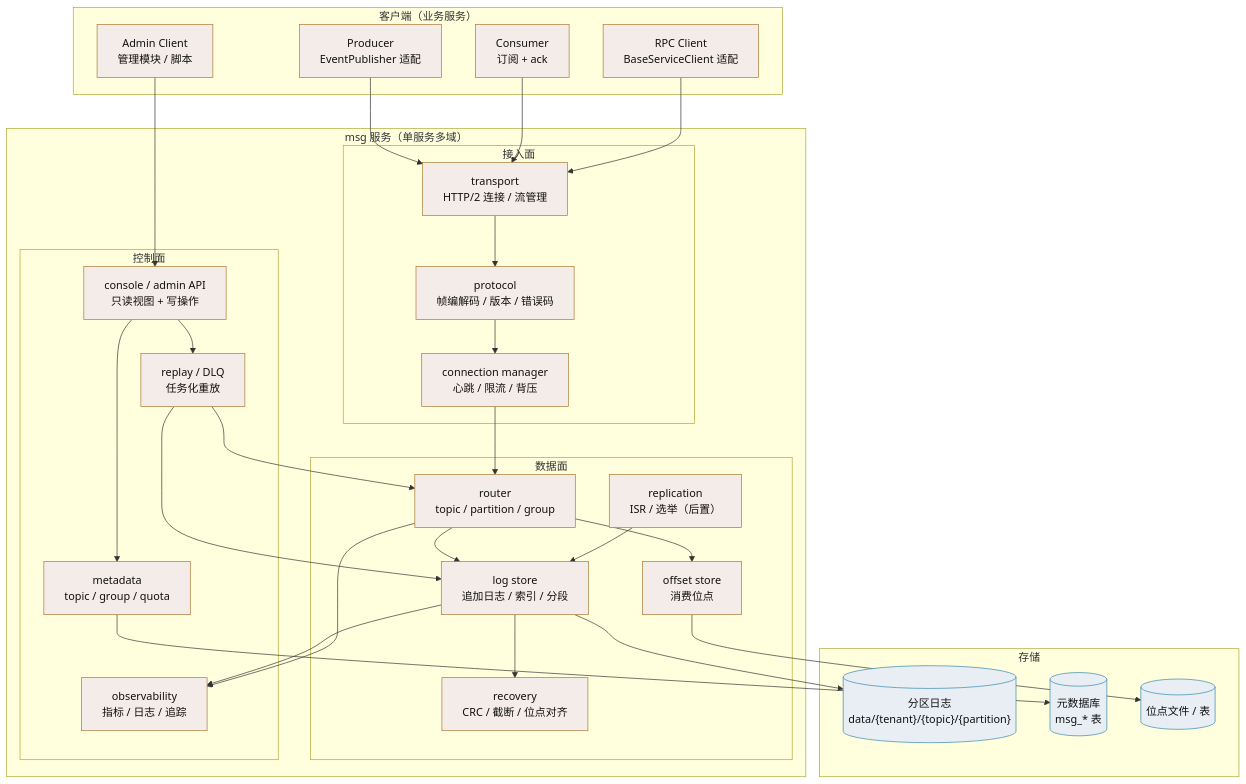
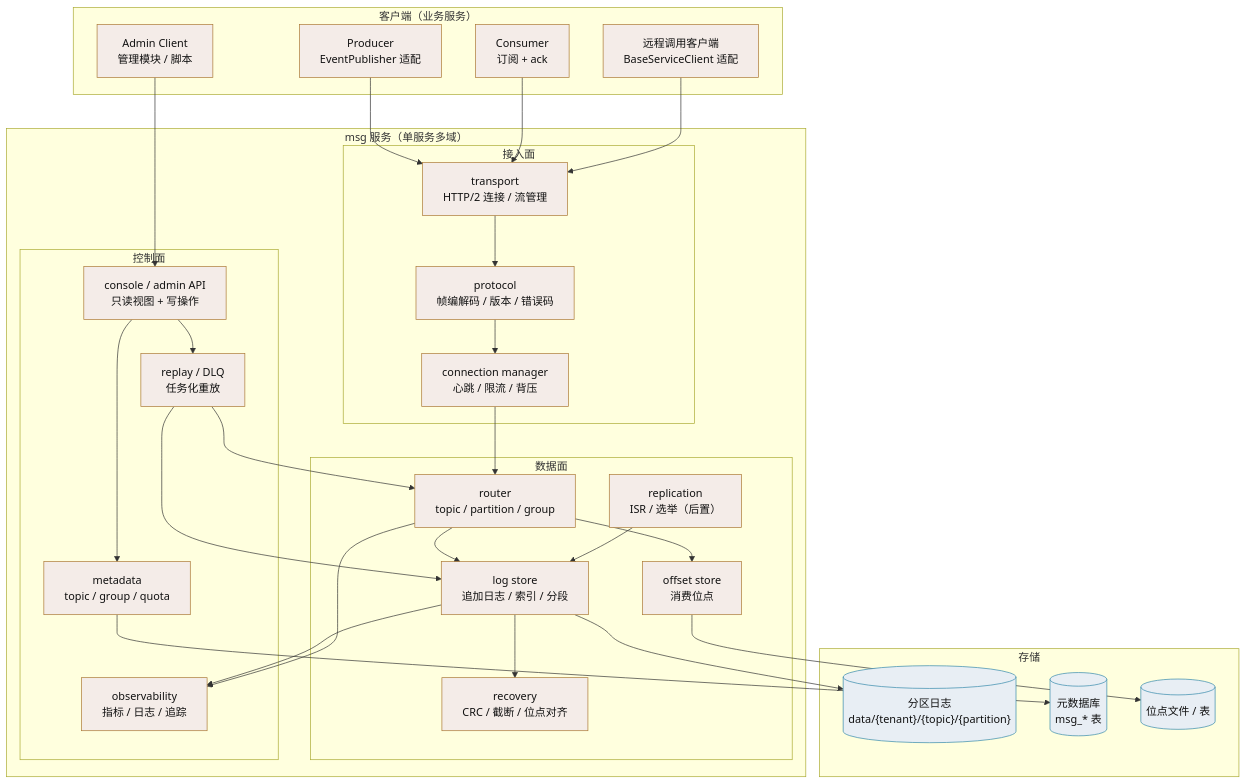
The first of 5 diagrams in msg文档/设计/架构设计/03_架构设计_总体架构.md (minjian123/message-platform), drawn with Mermaid before and after one commit. The commit also changed other lines of this file and 135 other files, not shown here.

````diff
--- a/msg文档/设计/架构设计/03_架构设计_总体架构.md
+++ b/msg文档/设计/架构设计/03_架构设计_总体架构.md
@@ -11,56 +11,56 @@
 ```mermaid
 flowchart TB
     subgraph Client["客户端（业务服务）"]
         P["Producer<br/>EventPublisher 适配"]
         C["Consumer<br/>订阅 + ack"]
-        R["RPC Client<br/>BaseServiceClient 适配"]
+        R["远程调用客户端<br/>BaseServiceClient 适配"]
         A["Admin Client<br/>管理模块 / 脚本"]
     end
 
     subgraph Msg["msg 服务（单服务多域）"]
         subgraph AP["接入面"]
             T["transport<br/>HTTP/2 连接 / 流管理"]
             PR["protocol<br/>帧编解码 / 版本 / 错误码"]
             CM["connection manager<br/>心跳 / 限流 / 背压"]
         end
         subgraph DP["数据面"]
             RT["router<br/>topic / partition / group"]
             LG["log store<br/>追加日志 / 索引 / 分段"]
             RC["recovery<br/>CRC / 截断 / 位点对齐"]
             RP["replication<br/>ISR / 选举（后置）"]
             OF["offset store<br/>消费位点"]
         end
         subgraph CP["控制面"]
             MD["metadata<br/>topic / group / quota"]
             MG["console / admin API<br/>只读视图 + 写操作"]
             OB["observability<br/>指标 / 日志 / 追踪"]
             RPL["replay / DLQ<br/>任务化重放"]
         end
     end
 
     subgraph Storage["存储"]
         LOG[("分区日志<br/>data/{tenant}/{topic}/{partition}")]
         META[("元数据库<br/>msg_* 表")]
         OFF[("位点文件 / 表")]
     end
 
     P --> T
     C --> T
     R --> T
     A --> MG
     T --> PR --> CM --> RT
     RT --> LG --> LOG
     RT --> OF --> OFF
     LG --> RC
     RP --> LG
     MD --> META
     MG --> MD
     MG --> RPL --> RT
     LG --> OB
     RT --> OB
     RPL --> LG
     classDef c fill:#f4ece8,stroke:#a73,color:#111
     classDef s fill:#e8eef4,stroke:#38a,color:#111
     class P,C,R,A,T,PR,CM,RT,LG,RC,RP,OF,MD,MG,OB,RPL c
     class LOG,META,OFF s
 ```
````
